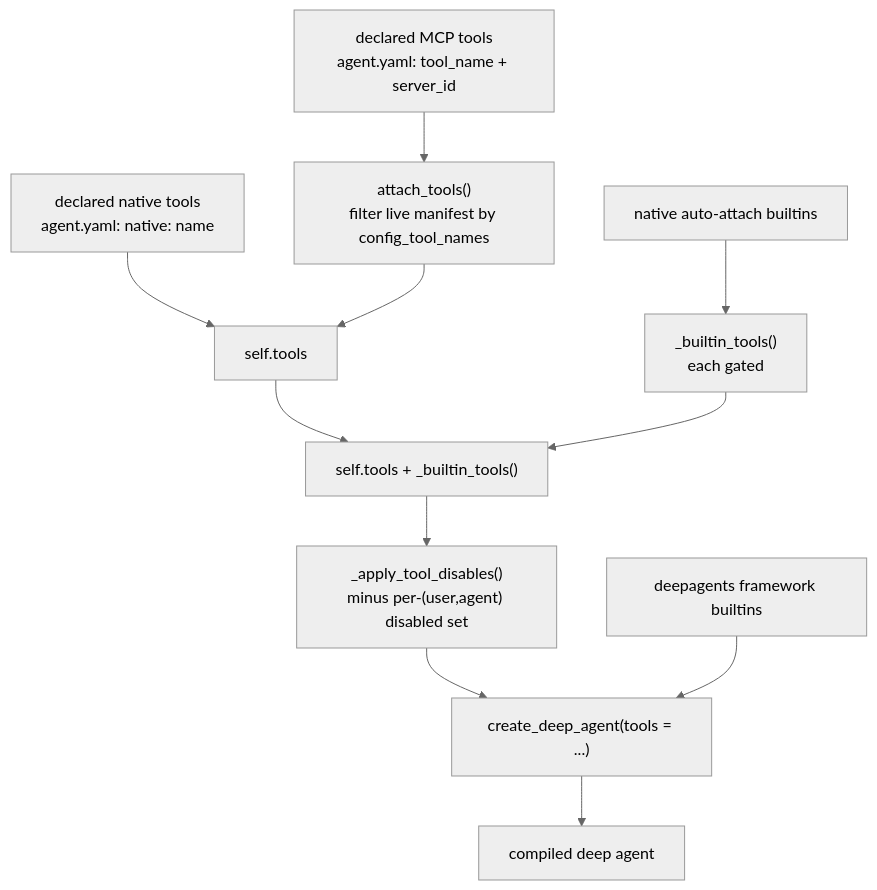
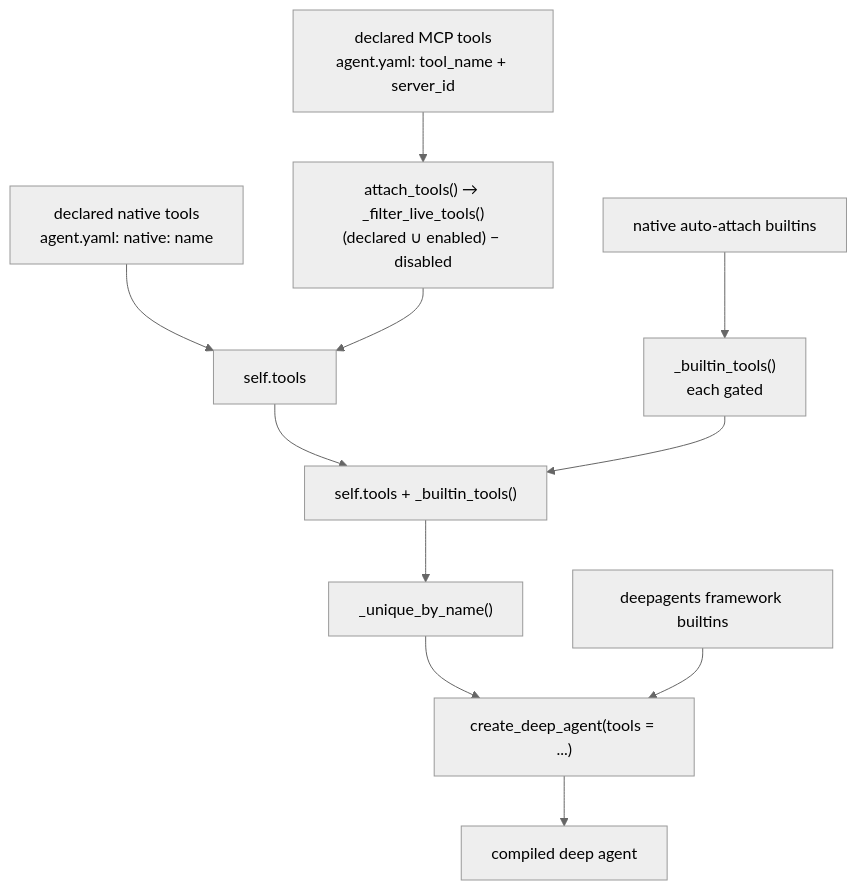
The second of 5 diagrams in docs/development/tool-harness.md (konstantinosmpouros/mAgenticX), drawn with Mermaid (neutral theme) before and after one commit. The commit also changed other lines of this file and 26 other files, not shown here.

````diff
--- a/docs/development/tool-harness.md
+++ b/docs/development/tool-harness.md
@@ -45,13 +46,13 @@
 ```mermaid
 flowchart TD
-    MCP["declared MCP tools<br/>agent.yaml: tool_name + server_id"] --> FILT["attach_tools()<br/>filter live manifest by config_tool_names"]
+    MCP["declared MCP tools<br/>agent.yaml: tool_name + server_id"] --> FILT["attach_tools() → _filter_live_tools()<br/>(declared ∪ enabled) − disabled"]
     NAT["declared native tools<br/>agent.yaml: native: name"] --> ST["self.tools"]
     FILT --> ST
     AUTO["native auto-attach builtins"] --> BT["_builtin_tools()<br/>each gated"]
     ST --> COMB["self.tools + _builtin_tools()"]
     BT --> COMB
-    COMB --> DIS["_apply_tool_disables()<br/>minus per-(user,agent) disabled set"]
+    COMB --> DIS["_unique_by_name()"]
     DIS --> CDA["create_deep_agent(tools = ...)"]
     FW["deepagents framework builtins"] --> CDA
     CDA --> OUT["compiled deep agent"]
 ```
````
